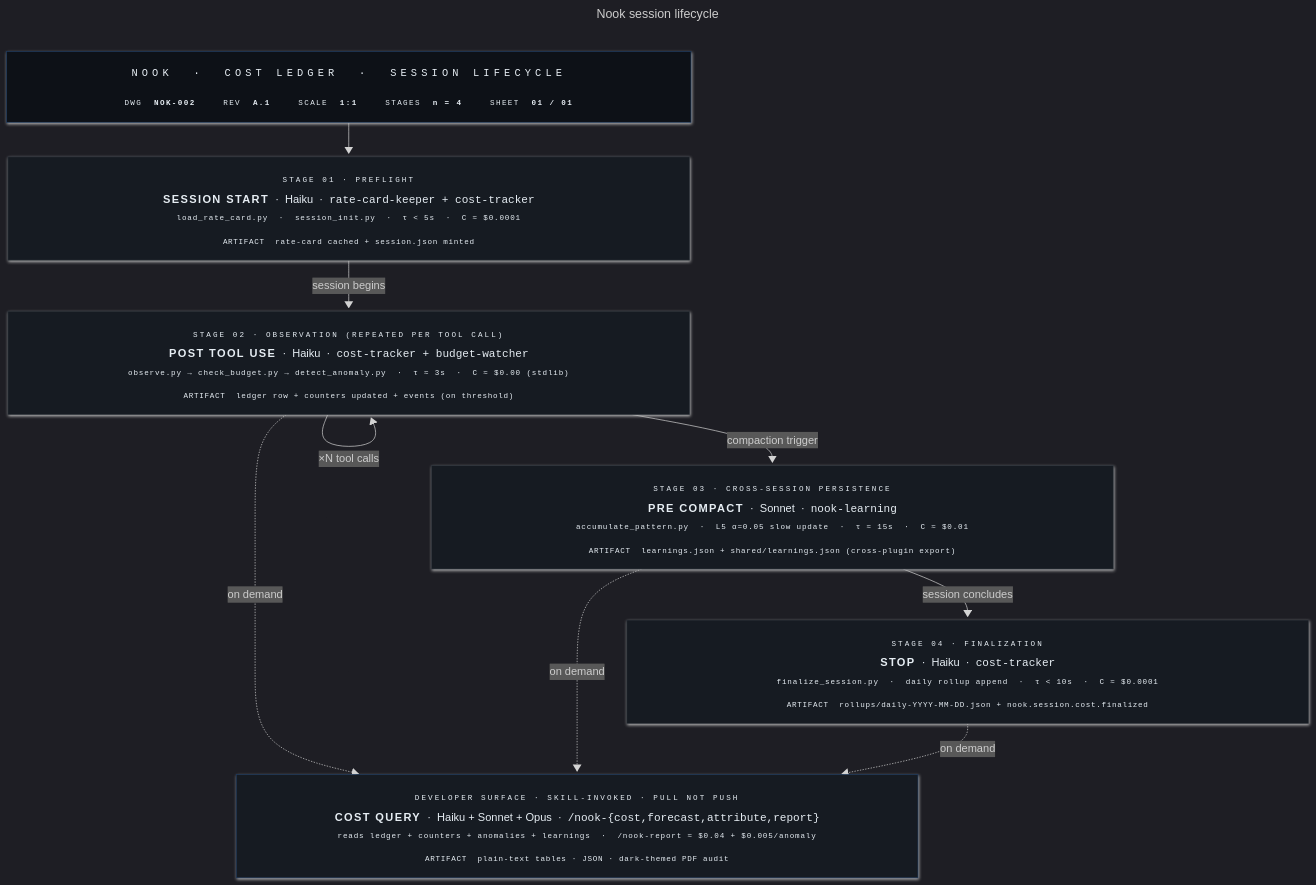
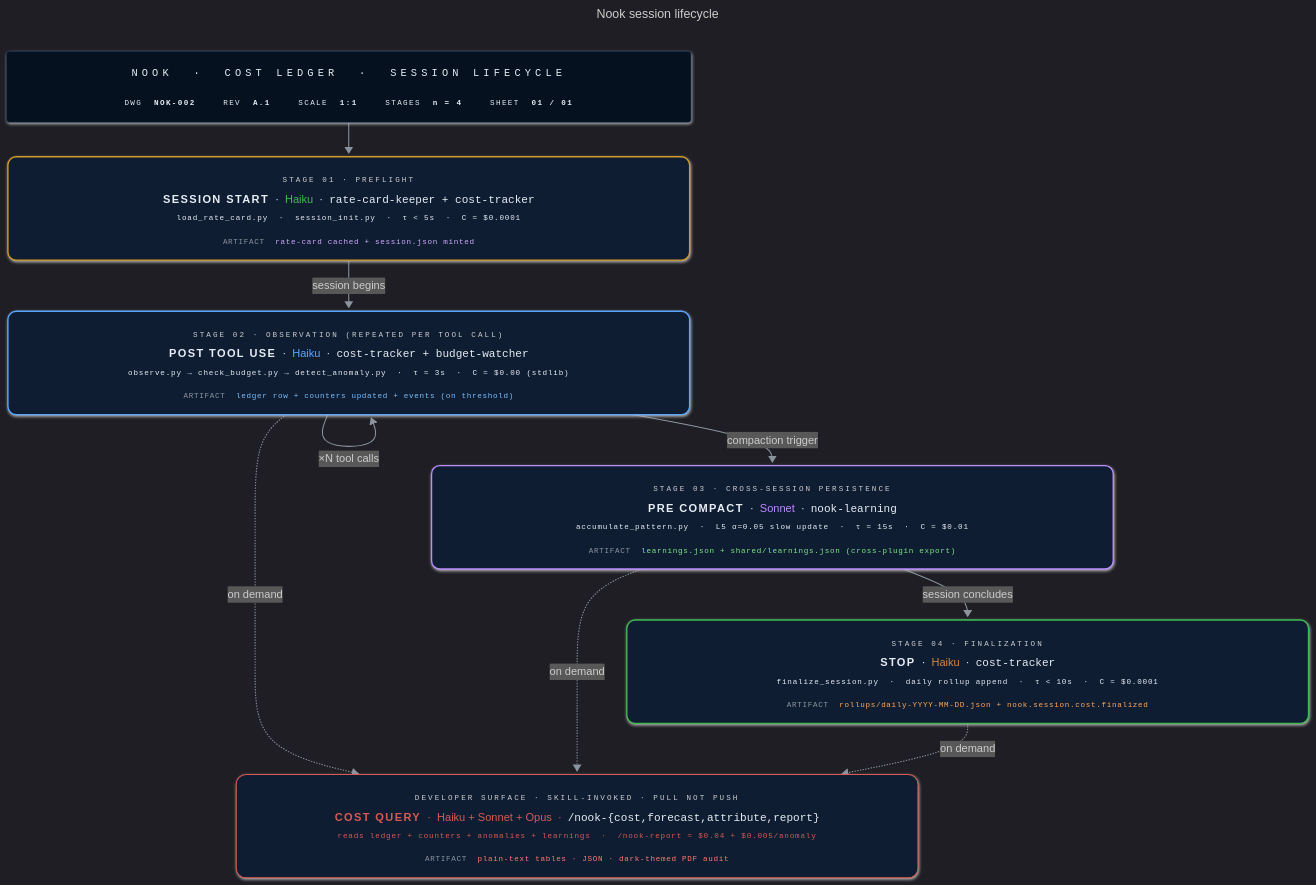
Before and after one commit to enchanted-plugins/pech: the diagram in docs/assets/lifecycle.mmd, drawn with Mermaid. The commit also changed 7 other files, not shown here.

First line of the commit message:
docs(assets): add state-flow diagram + color-code pipeline/lifecycle nodes

```diff
--- a/docs/assets/lifecycle.mmd
+++ b/docs/assets/lifecycle.mmd
@@ -1,44 +1,48 @@
 ---
 title: Nook session lifecycle
 config:
   look: neo
   theme: dark
   flowchart:
     curve: basis
     padding: 18
     nodeSpacing: 44
     rankSpacing: 50
     htmlLabels: true
     subGraphTitleMargin:
       top: 14
       bottom: 18
 ---
 flowchart TB
     TitleBlock["<div style='font-family:ui-monospace,SFMono-Regular,Consolas,monospace;text-align:center;min-width:940px;padding:6px 10px;line-height:1.8'><div style='color:#58a6ff;font-size:15px;letter-spacing:6px;border-bottom:1px solid #1e3a5f;padding-bottom:10px;margin-bottom:10px'>NOOK &nbsp;·&nbsp; COST&nbsp;LEDGER &nbsp;·&nbsp; SESSION&nbsp;LIFECYCLE</div><div style='display:flex;gap:40px;justify-content:center;font-size:11px;color:#8b949e;letter-spacing:2px'><span>DWG&nbsp;&nbsp;<b style='color:#e6edf3'>NOK-002</b></span><span>REV&nbsp;&nbsp;<b style='color:#e6edf3'>A.1</b></span><span>SCALE&nbsp;&nbsp;<b style='color:#e6edf3'>1:1</b></span><span>STAGES&nbsp;&nbsp;<b style='color:#e6edf3'>n&nbsp;=&nbsp;4</b></span><span>SHEET&nbsp;&nbsp;<b style='color:#e6edf3'>01&nbsp;/&nbsp;01</b></span></div></div>"]
 
     A["<div style='text-align:center;min-width:940px;line-height:2;padding:4px 8px'><div><span style='font-family:ui-monospace,monospace;color:#8b949e;font-size:11px;letter-spacing:3px'>STAGE&nbsp;01&nbsp;·&nbsp;PREFLIGHT</span></div><div style='line-height:1.8'><b style='letter-spacing:2px'>SESSION&nbsp;START</b>&nbsp;&nbsp;·&nbsp;&nbsp;<span style='color:#3fb950'>Haiku</span>&nbsp;&nbsp;·&nbsp;&nbsp;<code style='color:#e6edf3'>rate-card-keeper + cost-tracker</code></div><div style='color:#6e7681;font-size:11px;font-family:ui-monospace,monospace;letter-spacing:1.2px'>load_rate_card.py&nbsp;&nbsp;·&nbsp;&nbsp;session_init.py&nbsp;&nbsp;·&nbsp;&nbsp;τ&nbsp;&lt;&nbsp;5s&nbsp;&nbsp;·&nbsp;&nbsp;C&nbsp;≈&nbsp;$0.0001</div><div style='border-top:1px solid #1e3a5f;margin-top:6px;padding-top:6px;font-family:ui-monospace,monospace;font-size:11px;letter-spacing:1px'><span style='color:#8b949e'>ARTIFACT</span>&nbsp;&nbsp;<span style='color:#d2a8ff'>rate-card&nbsp;cached&nbsp;+&nbsp;session.json&nbsp;minted</span></div></div>"]
 
     B["<div style='text-align:center;min-width:940px;line-height:2;padding:4px 8px'><div><span style='font-family:ui-monospace,monospace;color:#8b949e;font-size:11px;letter-spacing:3px'>STAGE&nbsp;02&nbsp;·&nbsp;OBSERVATION&nbsp;(REPEATED&nbsp;PER&nbsp;TOOL&nbsp;CALL)</span></div><div style='line-height:1.8'><b style='letter-spacing:2px'>POST&nbsp;TOOL&nbsp;USE</b>&nbsp;&nbsp;·&nbsp;&nbsp;<span style='color:#58a6ff'>Haiku</span>&nbsp;&nbsp;·&nbsp;&nbsp;<code style='color:#e6edf3'>cost-tracker + budget-watcher</code></div><div style='color:#6e7681;font-size:11px;font-family:ui-monospace,monospace;letter-spacing:1.2px'>observe.py&nbsp;→&nbsp;check_budget.py&nbsp;→&nbsp;detect_anomaly.py&nbsp;&nbsp;·&nbsp;&nbsp;τ&nbsp;≈&nbsp;3s&nbsp;&nbsp;·&nbsp;&nbsp;C&nbsp;≈&nbsp;$0.00 (stdlib)</div><div style='border-top:1px solid #1e3a5f;margin-top:6px;padding-top:6px;font-family:ui-monospace,monospace;font-size:11px;letter-spacing:1px'><span style='color:#8b949e'>ARTIFACT</span>&nbsp;&nbsp;<span style='color:#79c0ff'>ledger&nbsp;row&nbsp;+&nbsp;counters&nbsp;updated&nbsp;+&nbsp;events&nbsp;(on&nbsp;threshold)</span></div></div>"]
 
     C["<div style='text-align:center;min-width:940px;line-height:2;padding:4px 8px'><div><span style='font-family:ui-monospace,monospace;color:#8b949e;font-size:11px;letter-spacing:3px'>STAGE&nbsp;03&nbsp;·&nbsp;CROSS-SESSION&nbsp;PERSISTENCE</span></div><div style='line-height:1.8'><b style='letter-spacing:2px'>PRE&nbsp;COMPACT</b>&nbsp;&nbsp;·&nbsp;&nbsp;<span style='color:#bc8cff'>Sonnet</span>&nbsp;&nbsp;·&nbsp;&nbsp;<code style='color:#e6edf3'>nook-learning</code></div><div style='color:#6e7681;font-size:11px;font-family:ui-monospace,monospace;letter-spacing:1.2px'>accumulate_pattern.py&nbsp;&nbsp;·&nbsp;&nbsp;L5&nbsp;α=0.05&nbsp;slow&nbsp;update&nbsp;&nbsp;·&nbsp;&nbsp;τ&nbsp;≈&nbsp;15s&nbsp;&nbsp;·&nbsp;&nbsp;C&nbsp;≈&nbsp;$0.01</div><div style='border-top:1px solid #1e3a5f;margin-top:6px;padding-top:6px;font-family:ui-monospace,monospace;font-size:11px;letter-spacing:1px'><span style='color:#8b949e'>ARTIFACT</span>&nbsp;&nbsp;<span style='color:#7ee787'>learnings.json&nbsp;+&nbsp;shared/learnings.json&nbsp;(cross-plugin&nbsp;export)</span></div></div>"]
 
     D["<div style='text-align:center;min-width:940px;line-height:2;padding:4px 8px'><div><span style='font-family:ui-monospace,monospace;color:#8b949e;font-size:11px;letter-spacing:3px'>STAGE&nbsp;04&nbsp;·&nbsp;FINALIZATION</span></div><div style='line-height:1.8'><b style='letter-spacing:2px'>STOP</b>&nbsp;&nbsp;·&nbsp;&nbsp;<span style='color:#d8853b'>Haiku</span>&nbsp;&nbsp;·&nbsp;&nbsp;<code style='color:#e6edf3'>cost-tracker</code></div><div style='color:#6e7681;font-size:11px;font-family:ui-monospace,monospace;letter-spacing:1.2px'>finalize_session.py&nbsp;&nbsp;·&nbsp;&nbsp;daily&nbsp;rollup&nbsp;append&nbsp;&nbsp;·&nbsp;&nbsp;τ&nbsp;&lt;&nbsp;10s&nbsp;&nbsp;·&nbsp;&nbsp;C&nbsp;≈&nbsp;$0.0001</div><div style='border-top:1px solid #1e3a5f;margin-top:6px;padding-top:6px;font-family:ui-monospace,monospace;font-size:11px;letter-spacing:1px'><span style='color:#8b949e'>ARTIFACT</span>&nbsp;&nbsp;<span style='color:#ffa657'>rollups/daily-YYYY-MM-DD.json&nbsp;+&nbsp;nook.session.cost.finalized</span></div></div>"]
 
     Query["<div style='text-align:center;min-width:940px;line-height:2;padding:4px 8px'><div><span style='font-family:ui-monospace,monospace;color:#8b949e;font-size:11px;letter-spacing:3px'>DEVELOPER&nbsp;SURFACE&nbsp;·&nbsp;SKILL-INVOKED&nbsp;·&nbsp;PULL&nbsp;NOT&nbsp;PUSH</span></div><div style='line-height:1.8'><b style='letter-spacing:2px'>COST&nbsp;QUERY</b>&nbsp;&nbsp;·&nbsp;&nbsp;<span style='color:#d75952'>Haiku&nbsp;+&nbsp;Sonnet&nbsp;+&nbsp;Opus</span>&nbsp;&nbsp;·&nbsp;&nbsp;<code style='color:#e6edf3'>/nook-{cost,forecast,attribute,report}</code></div><div style='color:#6e7681;font-size:11px;font-family:ui-monospace,monospace;letter-spacing:1.2px'>reads&nbsp;ledger&nbsp;+&nbsp;counters&nbsp;+&nbsp;anomalies&nbsp;+&nbsp;learnings&nbsp;&nbsp;·&nbsp;&nbsp;/nook-report&nbsp;≈&nbsp;$0.04&nbsp;+&nbsp;$0.005/anomaly</div><div style='border-top:1px solid #1e3a5f;margin-top:6px;padding-top:6px;font-family:ui-monospace,monospace;font-size:11px;letter-spacing:1px'><span style='color:#8b949e'>ARTIFACT</span>&nbsp;&nbsp;<span style='color:#ff7b72'>plain-text&nbsp;tables&nbsp;·&nbsp;JSON&nbsp;·&nbsp;dark-themed&nbsp;PDF&nbsp;audit</span></div></div>"]
 
     TitleBlock --> A
     A -->|"session begins"| B
     B -->|"×N tool calls"| B
     B -->|"compaction trigger"| C
     C -->|"session concludes"| D
     B -.->|"on demand"| Query
     C -.->|"on demand"| Query
     D -.->|"on demand"| Query
 
-    classDef titleBlock fill:#0d1117,stroke:#1e3a5f,stroke-width:1px,color:#e6edf3
-    classDef stage fill:#161b22,stroke:#30363d,stroke-width:1px,color:#e6edf3
-    classDef query fill:#161b22,stroke:#1e3a5f,stroke-width:1px,color:#e6edf3
+    classDef titleBlock fill:#06111f,stroke:#1e3a5f,stroke-width:1px,color:#e6edf3,rx:4,ry:4
 
     class TitleBlock titleBlock
-    class A,B,C,D stage
-    class Query query
+
+    style A fill:#0f1d33,stroke:#d29922,stroke-width:2px,color:#e6edf3,rx:12,ry:12
+    style B fill:#0f1d33,stroke:#58a6ff,stroke-width:2px,color:#e6edf3,rx:12,ry:12
+    style C fill:#0f1d33,stroke:#bc8cff,stroke-width:2px,color:#e6edf3,rx:12,ry:12
+    style D fill:#0f1d33,stroke:#3fb950,stroke-width:2px,color:#e6edf3,rx:12,ry:12
+    style Query fill:#0f1d33,stroke:#d75952,stroke-width:1.5px,color:#d75952,rx:14,ry:14
+
+    linkStyle default stroke:#8b949e,stroke-width:1.5px
```
